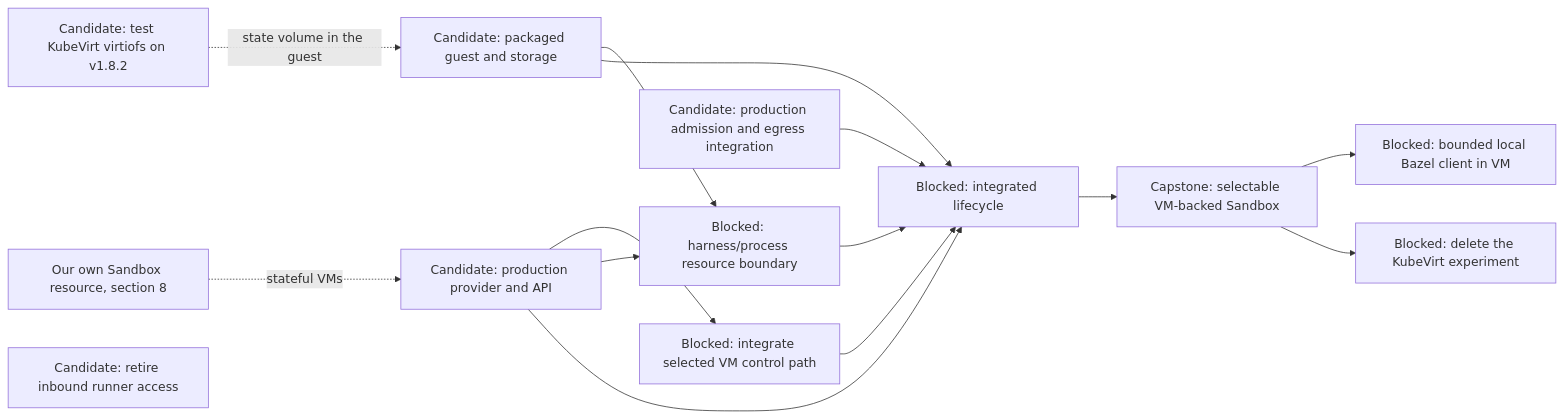
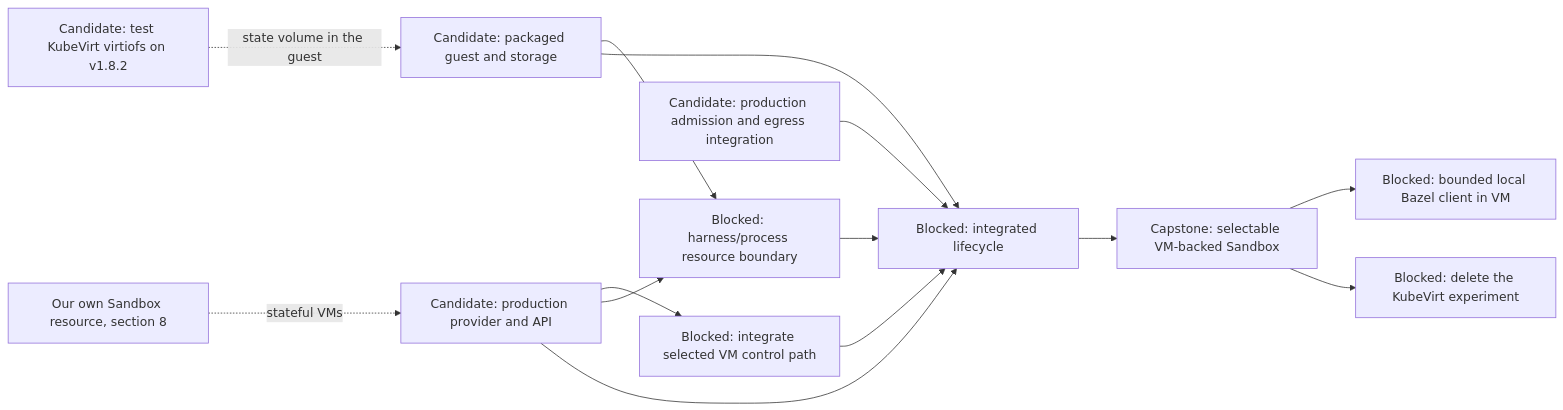
One commit to agentydragon-agent/ducktape changed the sixth of 14 diagrams in agentplane/plans/task_dag.md. Above: the diagram before and after it, drawn with Mermaid. The commit also changed other lines of this file and 53 other files, not shown here.

First line of the commit message:
agentplane: retire the runner's inbound gRPC server (#10123)

````diff
--- a/agentplane/plans/task_dag.md
+++ b/agentplane/plans/task_dag.md
@@ -342,25 +342,24 @@
 ```mermaid
 flowchart LR
     VM_CONTROL_NETWORKING[Blocked: integrate selected VM control path]
     VM_IMAGE[Candidate: packaged guest and storage]
     VM_PROVIDER[Candidate: production provider and API]
     VM_VIRTIOFS[Candidate: test KubeVirt virtiofs on v1.8.2]
     AGENTPLANE_SANDBOX_RESOURCE[Our own Sandbox resource, section 8]
     VM_EGRESS[Candidate: production admission and egress integration]
     VM_PROCESS_ISOLATION[Blocked: harness/process resource boundary]
     VM_LIFECYCLE[Blocked: integrated lifecycle]
-    RUNNER_INBOUND_RETIRE[Candidate: retire inbound runner access]
     VM_PROVIDER --> VM_CONTROL_NETWORKING
     AGENTPLANE_SANDBOX_RESOURCE -. stateful VMs .-> VM_PROVIDER
     VM_VIRTIOFS -. state volume in the guest .-> VM_IMAGE
     VM_CONTROL_NETWORKING --> VM_LIFECYCLE
     VM_IMAGE --> VM_PROCESS_ISOLATION
     VM_PROVIDER --> VM_PROCESS_ISOLATION
     VM_IMAGE --> VM_LIFECYCLE
     VM_PROVIDER --> VM_LIFECYCLE
     VM_EGRESS --> VM_LIFECYCLE
     VM_PROCESS_ISOLATION --> VM_LIFECYCLE
     VM_LIFECYCLE --> SANDBOX_VM_ISOLATION[Capstone: selectable VM-backed Sandbox]
     SANDBOX_VM_ISOLATION --> LOCAL_BAZEL[Blocked: bounded local Bazel client in VM]
     SANDBOX_VM_ISOLATION --> KUBEVIRT_EXPERIMENT_RETIRE[Blocked: delete the KubeVirt experiment]
 ```
````
